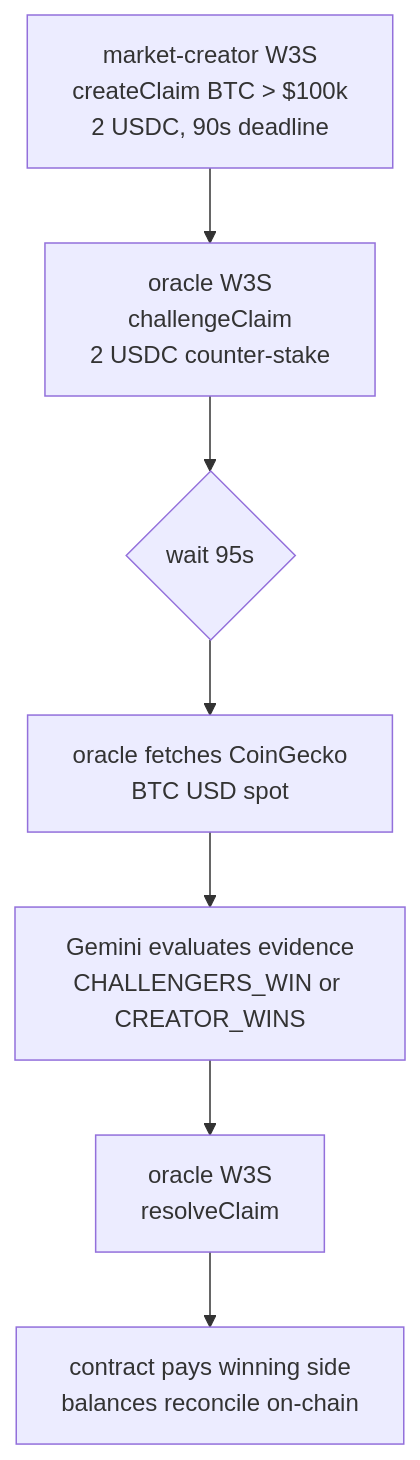
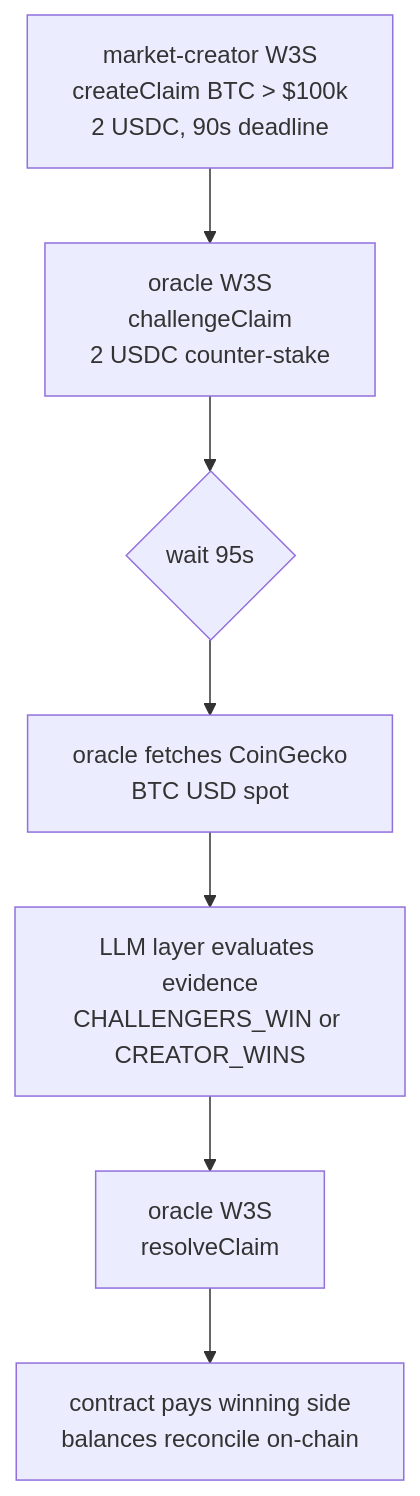
The ninth of 10 diagrams in README.md (enliven17/mimir), drawn with Mermaid before and after one commit. The commit also changed other lines of this file and 4 other files, not shown here.

````diff
--- a/README.md
+++ b/README.md
@@ -499,9 +573,9 @@
 ```mermaid
 flowchart TB
     A[market-creator W3S<br/>createClaim BTC > $100k<br/>2 USDC, 90s deadline] --> B[oracle W3S<br/>challengeClaim<br/>2 USDC counter-stake]
     B --> C{wait 95s}
     C --> D[oracle fetches CoinGecko<br/>BTC USD spot]
-    D --> E[Gemini evaluates evidence<br/>CHALLENGERS_WIN or CREATOR_WINS]
+    D --> E[LLM layer evaluates evidence<br/>CHALLENGERS_WIN or CREATOR_WINS]
     E --> F[oracle W3S<br/>resolveClaim]
     F --> G[contract pays winning side<br/>balances reconcile on-chain]
 ```
````
